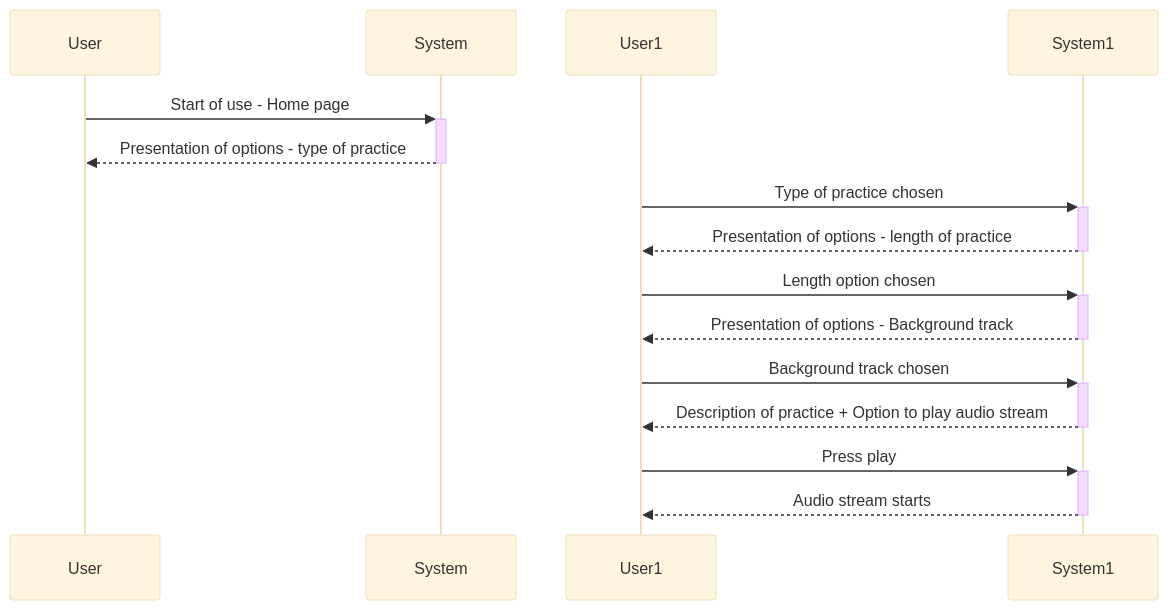
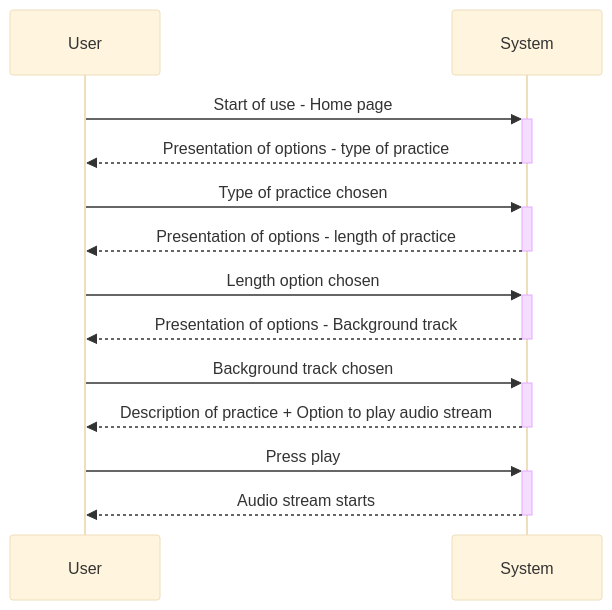
One commit to BigSpaces/NSDR changed the diagram in requirements.md. Above: the diagram before and after it, drawn with Mermaid (base theme).

````diff
--- a/requirements.md
+++ b/requirements.md
@@ -76,13 +76,13 @@
 ```mermaid
 sequenceDiagram
     User->>+System: Start of use - Home page
     System-->>-User: Presentation of options - type of practice
-    User1->>+System1: Type of practice chosen
-    System1-->>-User1: Presentation of options - length of practice
-    User1->>+System1: Length option chosen
-    System1-->>-User1: Presentation of options - Background track
-    User1->>+System1: Background track chosen
-    System1-->>-User1: Description of practice + Option to play audio stream
-    User1->>+System1: Press play
-    System1-->>-User1: Audio stream starts
+    User->>+System: Type of practice chosen
+    System-->>-User: Presentation of options - length of practice
+    User->>+System: Length option chosen
+    System-->>-User: Presentation of options - Background track
+    User->>+System: Background track chosen
+    System-->>-User: Description of practice + Option to play audio stream
+    User->>+System: Press play
+    System-->>-User: Audio stream starts
 ```
````
